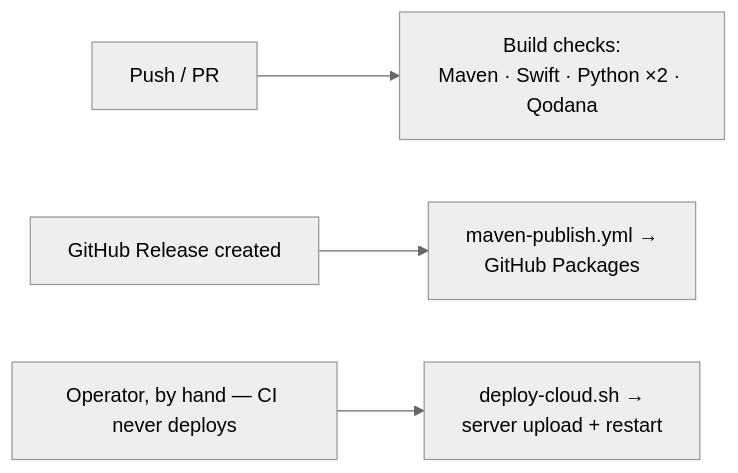
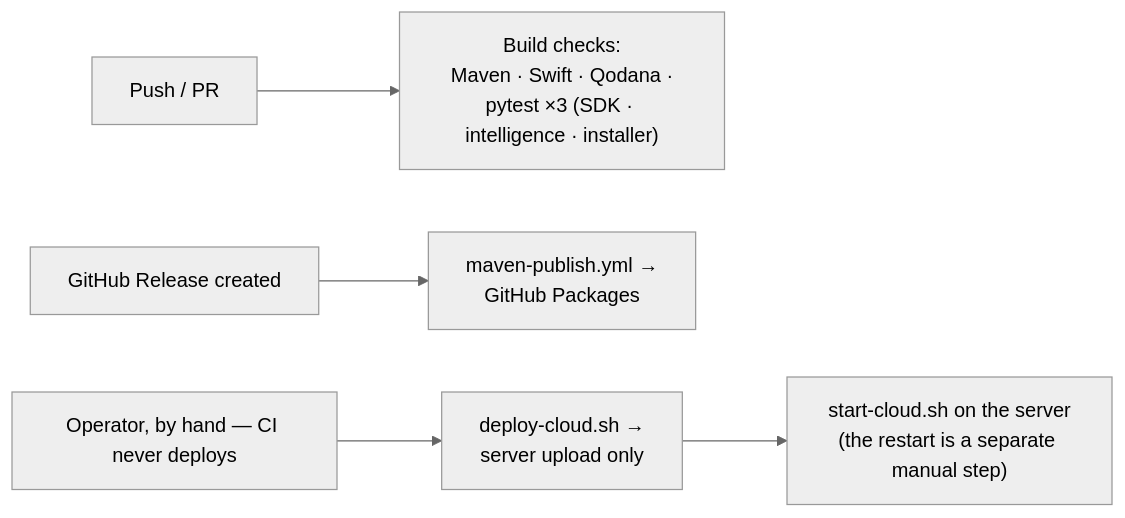
One commit to linoalessio/cloud-driver changed the second of 2 diagrams in docs/deployment.md. Above: the diagram before and after it, drawn with Mermaid (neutral theme). The commit also changed other lines of this file and 78 other files, not shown here.

Commit message:
Docs: refresh README.md and docs/ against the current code, diagrams include

````diff
--- a/docs/deployment.md
+++ b/docs/deployment.md
@@ -267,6 +283,7 @@
 ```mermaid
 flowchart LR
-    PUSH["Push / PR"] --> CI["Build checks:<br/>Maven · Swift · Python ×2 · Qodana"]
+    PUSH["Push / PR"] --> CI["Build checks:<br/>Maven · Swift · Qodana ·<br/>pytest ×3 (SDK · intelligence · installer)"]
     REL["GitHub Release created"] --> PUB["maven-publish.yml →<br/>GitHub Packages"]
-    OP["Operator, by hand — CI never deploys"] --> DEP["deploy-cloud.sh →<br/>server upload + restart"]
+    OP["Operator, by hand — CI never deploys"] --> DEP["deploy-cloud.sh →<br/>server upload only"]
+    DEP --> RST["start-cloud.sh on the server<br/>(the restart is a separate manual step)"]
 ```
````
